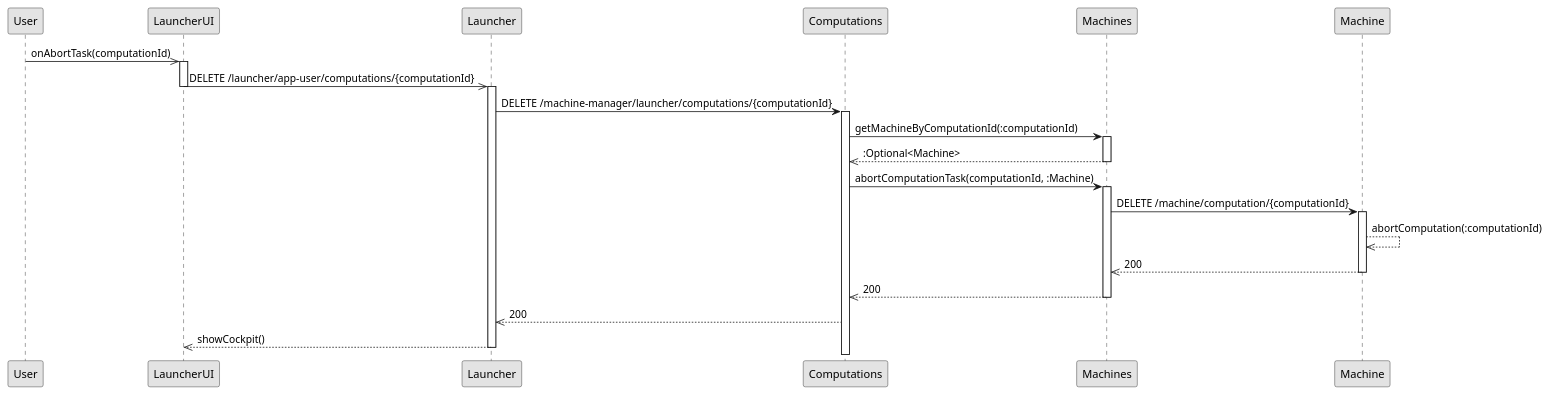
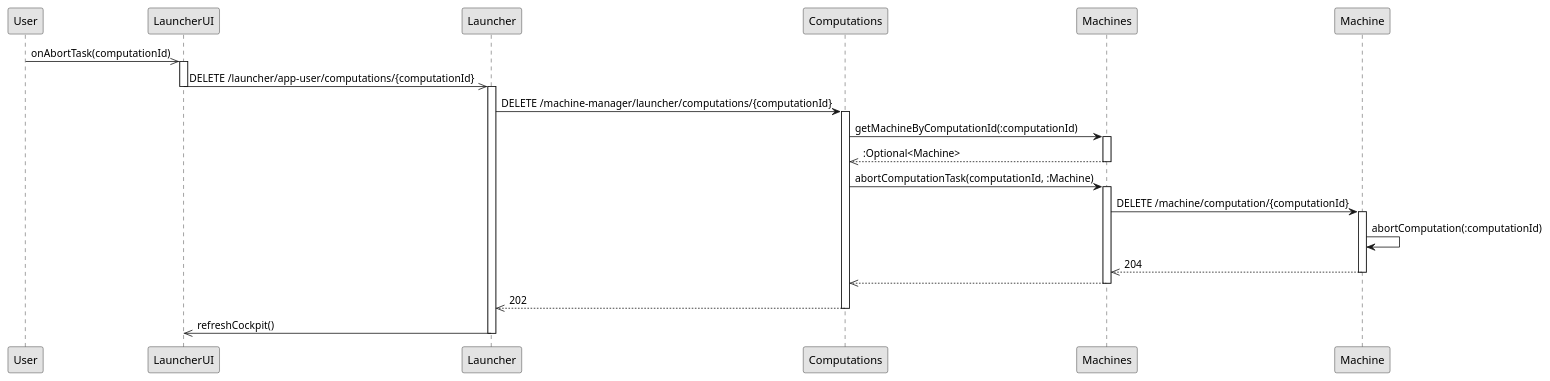
The diagram in sequences/T5_sequance_main.puml (Plan-B-PO/docs), drawn with PlantUML before and after one commit. The commit also changed 1 other file, not shown here.

```diff
--- a/sequences/T5_sequance_main.puml
+++ b/sequences/T5_sequance_main.puml
@@ -1,44 +1,46 @@
 @startuml
 
 skinparam monochrome true
 
 
 '''''''''''''''''''
 'ACTIVATE TRIGGER
 
 User ->> LauncherUI : onAbortTask(computationId)
 activate LauncherUI
 
 LauncherUI ->> Launcher : DELETE /launcher​/app-user​/computations​/{computationId}
 deactivate LauncherUI
 activate Launcher
 
 Launcher -> Computations : DELETE /machine-manager/launcher/computations/{computationId}
 activate Computations
 
 Computations -> Machines : getMachineByComputationId(:computationId)
 activate Machines
 Machines -->> Computations : :Optional<Machine>
 deactivate Machines
 
 Computations -> Machines : abortComputationTask(computationId, :Machine)
 activate Machines
 
 ''''''''''''''''''
 ' COMPUTATION
 
 Machines -> Machine : DELETE /machine/computation/{computationId}
 activate Machine
 
-Machine -->> Machine : abortComputation(:computationId)
-Machine -->> Machines : 200
+Machine -> Machine : abortComputation(:computationId)
+Machine -->> Machines : 204
 deactivate Machine
 
-Machines -->> Computations : 200
+Machines -->> Computations
 deactivate Machines
 
-Computations -->> Launcher : 200
-Launcher -->> LauncherUI : showCockpit()
+Computations -->> Launcher : 202
+deactivate Computations
+
+Launcher ->> LauncherUI : refreshCockpit()
 deactivate Launcher
 
 @enduml
```
